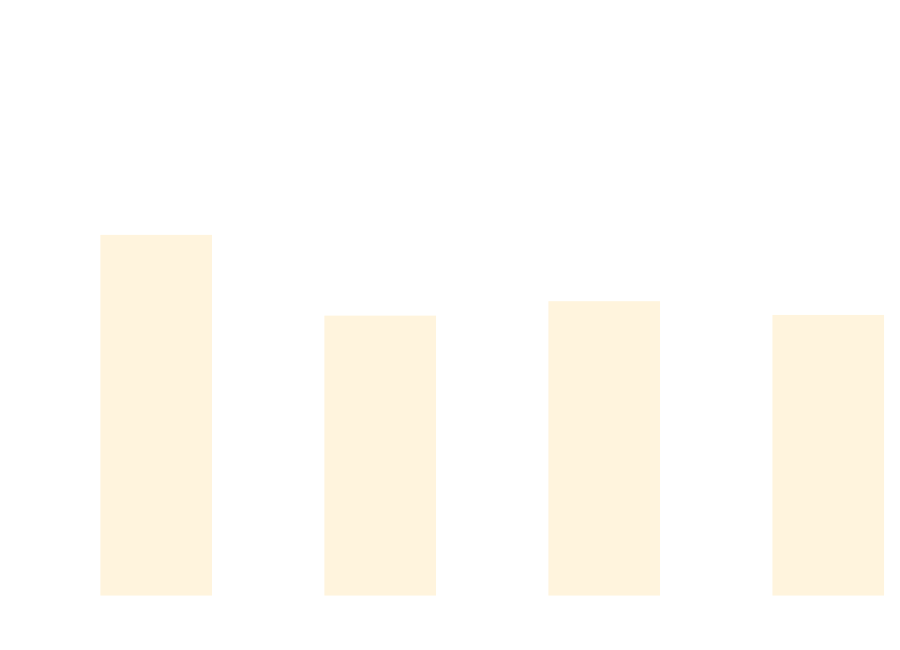
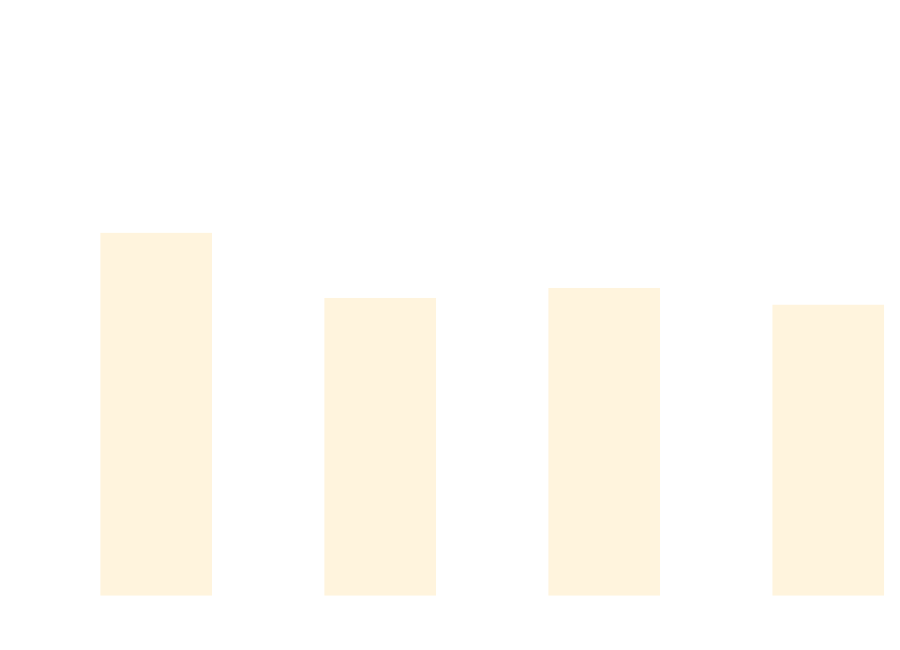
Before and after one commit to thomhurst/TUnit: the diagram in docs/docs/benchmarks/BuildTime.md, drawn with Mermaid. The commit also changed other lines of this file and 16 other files, not shown here.

````diff
--- a/docs/docs/benchmarks/BuildTime.md
+++ b/docs/docs/benchmarks/BuildTime.md
@@ -28,37 +28,37 @@
 ```mermaid
 %%{init: {
   'theme':'base',
   'themeVariables': {
     'primaryColor': '#2563eb',
     'primaryTextColor': '#ffffff',
     'primaryBorderColor': '#1e40af',
     'lineColor': '#6b7280',
     'secondaryColor': '#7c3aed',
     'tertiaryColor': '#dc2626',
     'background': '#ffffff',
     'mainBkg': '#2563eb',
     'secondBkg': '#7c3aed',
     'tertiaryBkg': '#dc2626',
     'clusterBkg': '#f3f4f6',
     'edgeLabelBackground': '#ffffff',
     'tertiaryTextColor': '#1f2937',
     'pie1': '#2563eb',
     'pie2': '#7c3aed',
     'pie3': '#dc2626',
     'pie4': '#f59e0b',
     'pie5': '#10b981',
     'pie6': '#06b6d4',
     'pie7': '#ec4899',
     'pie8': '#6366f1',
     'pie9': '#84cc16',
     'pie10': '#f97316',
     'pie11': '#14b8a6',
     'pie12': '#a855f7'
   }
 }}%%
 xychart-beta
   title "Build Time Comparison"
   x-axis ["Build_TUnit", "Build_NUnit", "Build_MSTest", "Build_xUnit3"]
   y-axis "Time (s)" 0 --> 3
-  bar [2.069, 1.593, 1.678, 1.597]
+  bar [2.081, 1.697, 1.756, 1.657]
 ```
````
